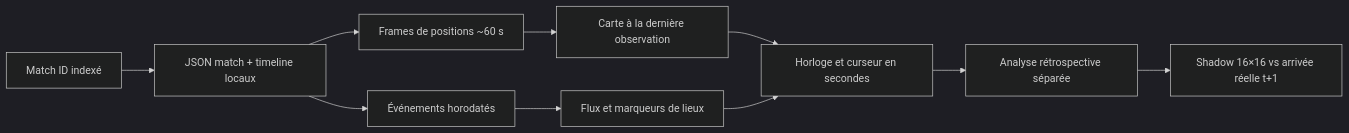
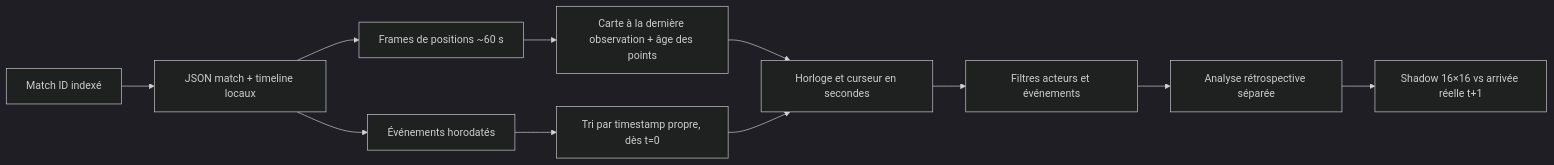
Before and after one commit to nabz0r/shadowfaker: the diagram in REPLAY.md, drawn with Mermaid (dark theme). The commit also changed other lines of this file and 16 other files, not shown here.

````diff
--- a/REPLAY.md
+++ b/REPLAY.md
@@ -7,12 +7,13 @@
 ```mermaid
 flowchart LR
     A[Match ID indexé] --> B[JSON match + timeline locaux]
     B --> C[Frames de positions ~60 s]
     B --> D[Événements horodatés]
-    C --> E[Carte à la dernière observation]
-    D --> F[Flux et marqueurs de lieux]
+    C --> E[Carte à la dernière observation + âge des points]
+    D --> F[Tri par timestamp propre, dès t=0]
     E --> G[Horloge et curseur en secondes]
     F --> G
-    G --> H[Analyse rétrospective séparée]
-    H --> I[Shadow 16×16 vs arrivée réelle t+1]
+    G --> H[Filtres acteurs et événements]
+    H --> I[Analyse rétrospective séparée]
+    I --> J[Shadow 16×16 vs arrivée réelle t+1]
 ```
````
